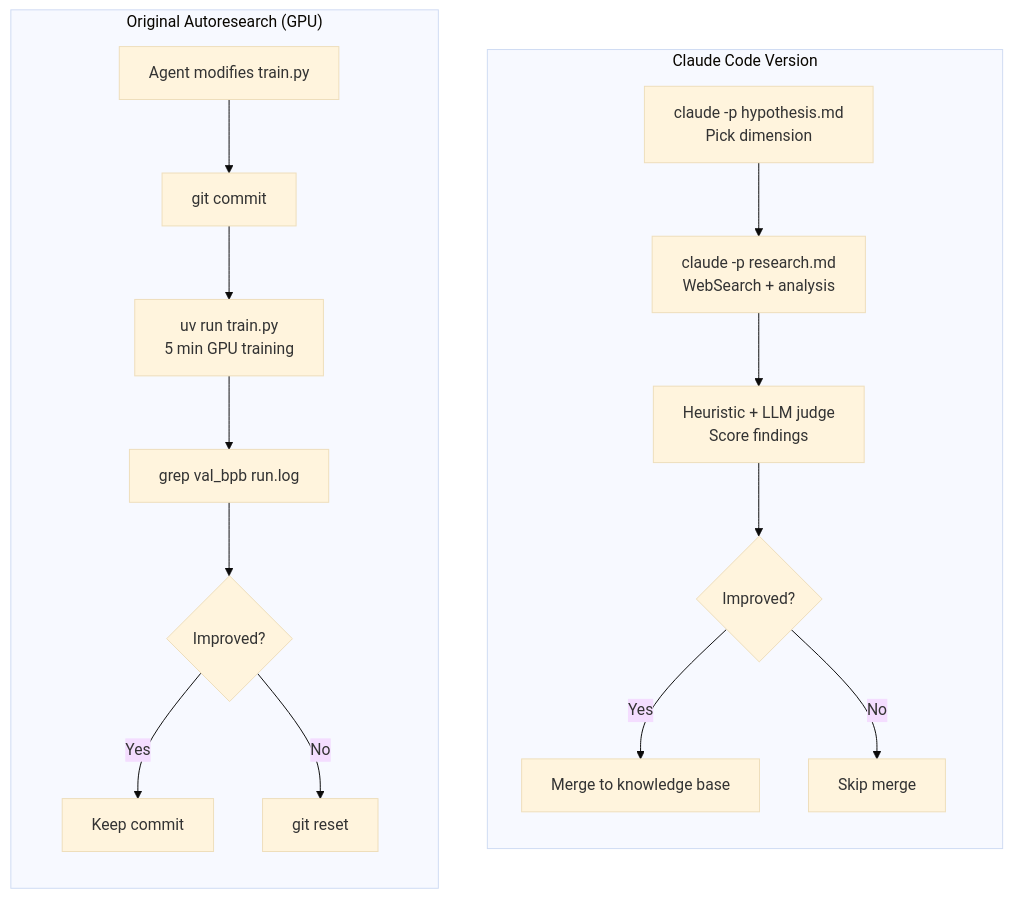
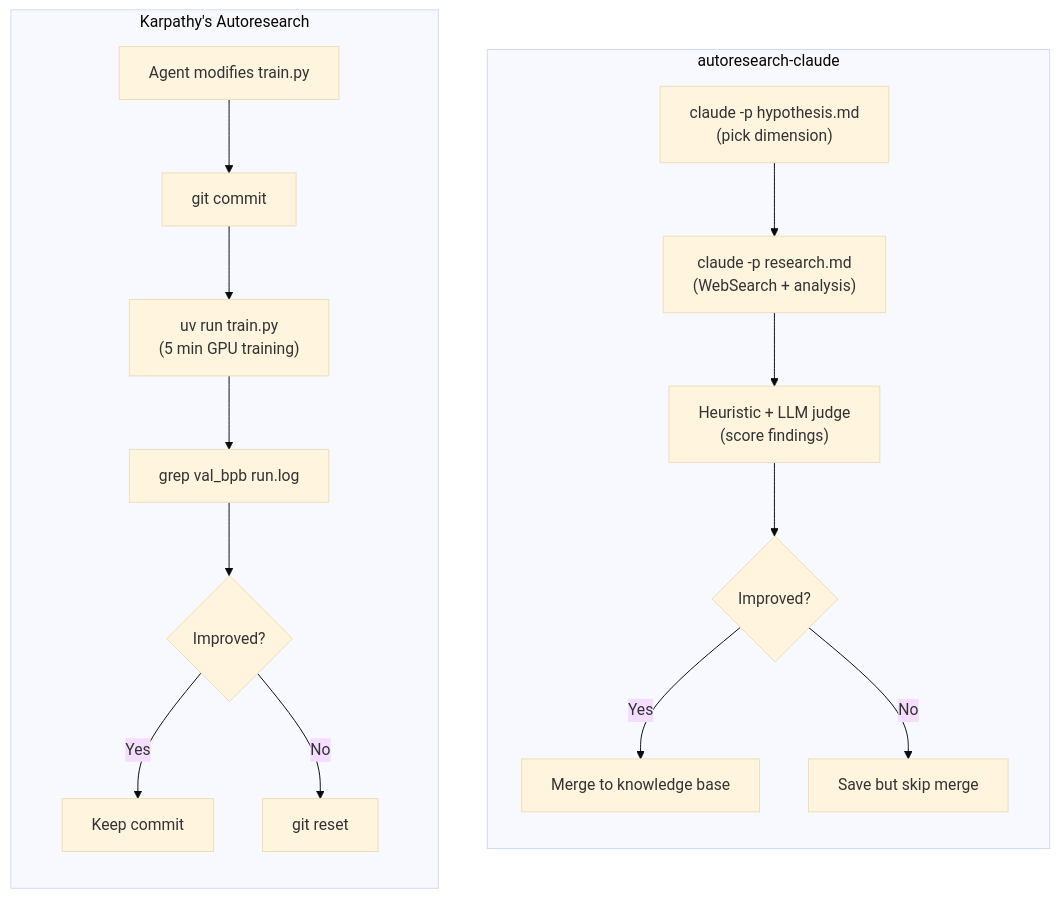
The eighth of 8 diagrams in diagrams.md (josefigueredo/auto-research), drawn with Mermaid (base theme) before and after one commit. The commit also changed other lines of this file and 2 other files, not shown here.

````diff
--- a/diagrams.md
+++ b/diagrams.md
@@ -126,23 +236,23 @@
 ```mermaid
 flowchart LR
-    subgraph ORIGINAL ["Original Autoresearch (GPU)"]
+    subgraph ORIGINAL ["Karpathy's Autoresearch"]
         direction TB
         OA[Agent modifies train.py] --> OB[git commit]
-        OB --> OC[uv run train.py<br>5 min GPU training]
-        OC --> OD[grep val_bpb run.log]
+        OB --> OC["uv run train.py<br>(5 min GPU training)"]
+        OC --> OD["grep val_bpb run.log"]
         OD --> OE{Improved?}
         OE -->|Yes| OF[Keep commit]
         OE -->|No| OG[git reset]
     end
 
-    subgraph CLAUDE ["Claude Code Version"]
+    subgraph CLAUDE ["autoresearch-claude"]
         direction TB
-        CA[claude -p hypothesis.md<br>Pick dimension] --> CB[claude -p research.md<br>WebSearch + analysis]
-        CB --> CC[Heuristic + LLM judge<br>Score findings]
+        CA["claude -p hypothesis.md<br>(pick dimension)"] --> CB["claude -p research.md<br>(WebSearch + analysis)"]
+        CB --> CC["Heuristic + LLM judge<br>(score findings)"]
         CC --> CD{Improved?}
         CD -->|Yes| CE[Merge to knowledge base]
-        CD -->|No| CF[Skip merge]
+        CD -->|No| CF[Save but skip merge]
     end
 
     ORIGINAL ~~~ CLAUDE
 ```
````
